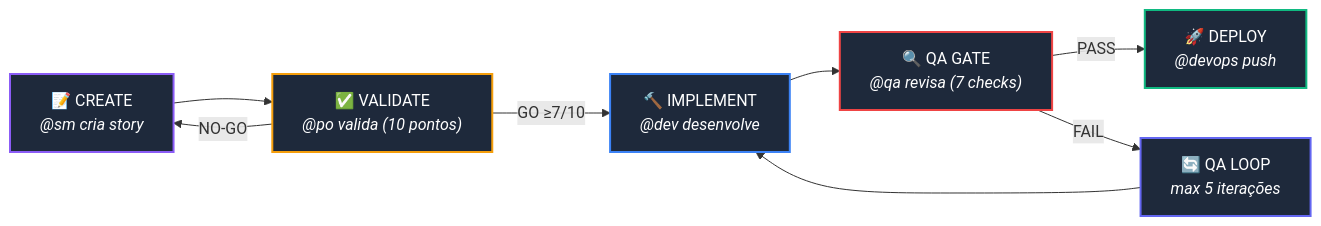
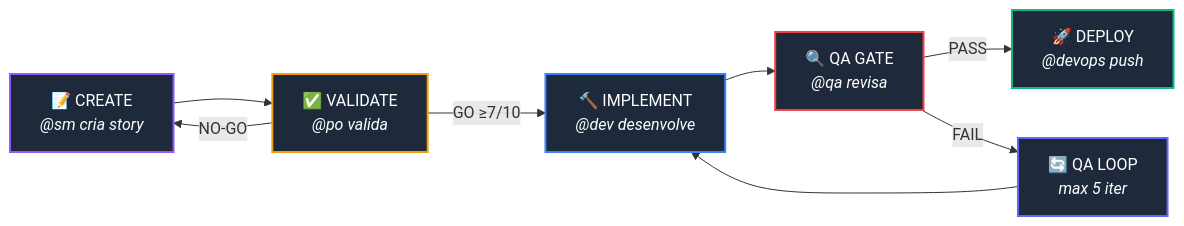
One commit to paulokwak/segunda-feira changed the fourth of 4 diagrams in README.md. Above: the diagram before and after it, drawn with Mermaid. The commit also changed other lines of this file and 1 other file, not shown here.

````diff
--- a/README.md
+++ b/README.md
@@ -111,17 +201,17 @@
 ```mermaid
 flowchart LR
-    A["📝 CREATE<br/><i>@sm cria story</i>"] --> B["✅ VALIDATE<br/><i>@po valida (10 pontos)</i>"]
+    A["📝 CREATE<br/><i>@sm cria story</i>"] --> B["✅ VALIDATE<br/><i>@po valida</i>"]
     B -->|"GO ≥7/10"| C["🔨 IMPLEMENT<br/><i>@dev desenvolve</i>"]
     B -->|"NO-GO"| A
-    C --> D["🔍 QA GATE<br/><i>@qa revisa (7 checks)</i>"]
+    C --> D["🔍 QA GATE<br/><i>@qa revisa</i>"]
     D -->|"PASS"| E["🚀 DEPLOY<br/><i>@devops push</i>"]
-    D -->|"FAIL"| F["🔄 QA LOOP<br/><i>max 5 iterações</i>"]
+    D -->|"FAIL"| F["🔄 QA LOOP<br/><i>max 5 iter</i>"]
     F --> C
-    
+
     style A fill:#1e293b,stroke:#8B5CF6,color:#fff,stroke-width:2px
     style B fill:#1e293b,stroke:#F59E0B,color:#fff,stroke-width:2px
     style C fill:#1e293b,stroke:#3B82F6,color:#fff,stroke-width:2px
     style D fill:#1e293b,stroke:#EF4444,color:#fff,stroke-width:2px
     style E fill:#1e293b,stroke:#10B981,color:#fff,stroke-width:2px
     style F fill:#1e293b,stroke:#6366F1,color:#fff,stroke-width:2px
 ```
````
